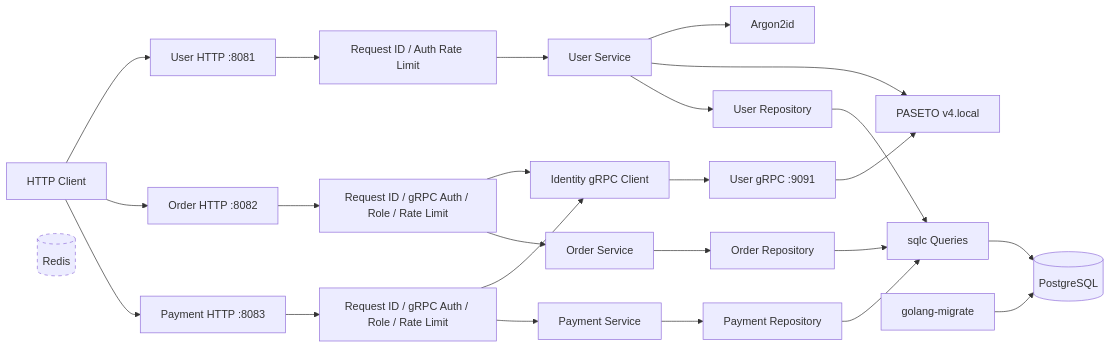
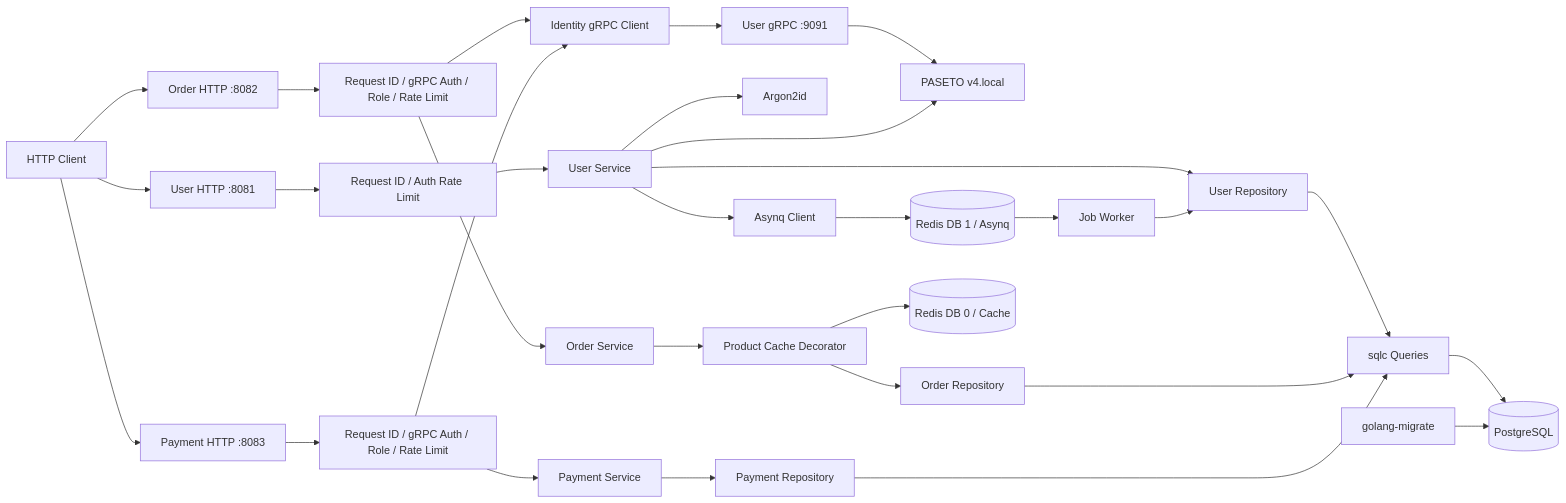
The first of 2 diagrams in README.md (assumeengagetry/Distirbuted_Commerce), drawn with Mermaid before and after one commit. The commit also changed other lines of this file and 37 other files, not shown here.

Commit message:
feat: add Redis cache and maintenance jobs

````diff
--- a/README.md
+++ b/README.md
@@ -47,29 +50,32 @@
 ```mermaid
 flowchart LR
     Client[HTTP Client] --> UserHTTP[User HTTP :8081]
     Client --> OrderHTTP[Order HTTP :8082]
     Client --> PaymentHTTP[Payment HTTP :8083]
     UserHTTP --> UserMiddleware[Request ID / Auth Rate Limit]
     OrderHTTP --> OrderMiddleware[Request ID / gRPC Auth / Role / Rate Limit]
     PaymentHTTP --> PaymentMiddleware[Request ID / gRPC Auth / Role / Rate Limit]
     OrderMiddleware --> IdentityClient[Identity gRPC Client]
     PaymentMiddleware --> IdentityClient
     IdentityClient --> UserGRPC[User gRPC :9091]
     UserGRPC --> Tokens[PASETO v4.local]
     UserMiddleware --> UserService[User Service]
     OrderMiddleware --> OrderService[Order Service]
     PaymentMiddleware --> PaymentService[Payment Service]
     UserService --> Passwords[Argon2id]
     UserService --> Tokens
     UserService --> UserRepository[User Repository]
-    OrderService --> OrderRepository[Order Repository]
+    UserService --> JobClient[Asynq Client]
+    OrderService --> ProductCache[Product Cache Decorator]
+    ProductCache --> OrderRepository[Order Repository]
     PaymentService --> PaymentRepository[Payment Repository]
+    JobClient --> QueueRedis[(Redis DB 1 / Asynq)]
+    QueueRedis --> Worker[Job Worker]
+    Worker --> UserRepository
+    ProductCache --> CacheRedis[(Redis DB 0 / Cache)]
     UserRepository --> SQLC[sqlc Queries]
     OrderRepository --> SQLC
     PaymentRepository --> SQLC
     SQLC --> PostgreSQL[(PostgreSQL)]
     Migrations[golang-migrate] --> PostgreSQL
-    Redis[(Redis)]:::future
-
-    classDef future stroke-dasharray: 5 5
 ```
````
